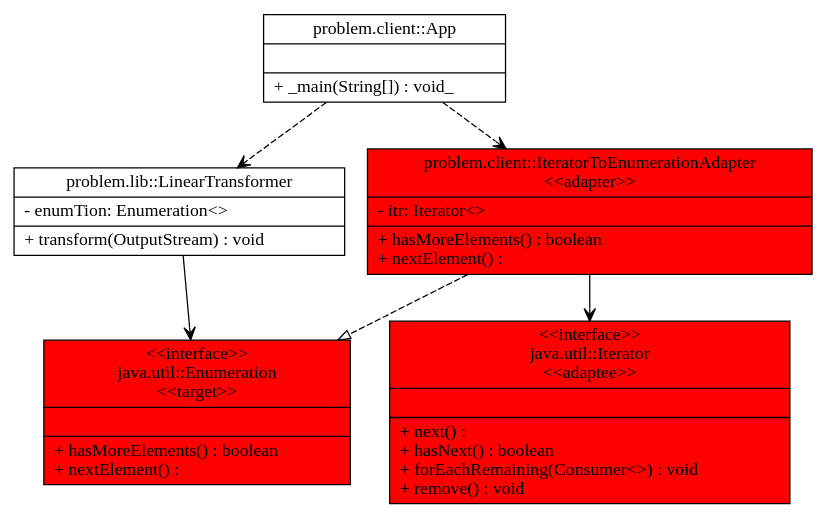
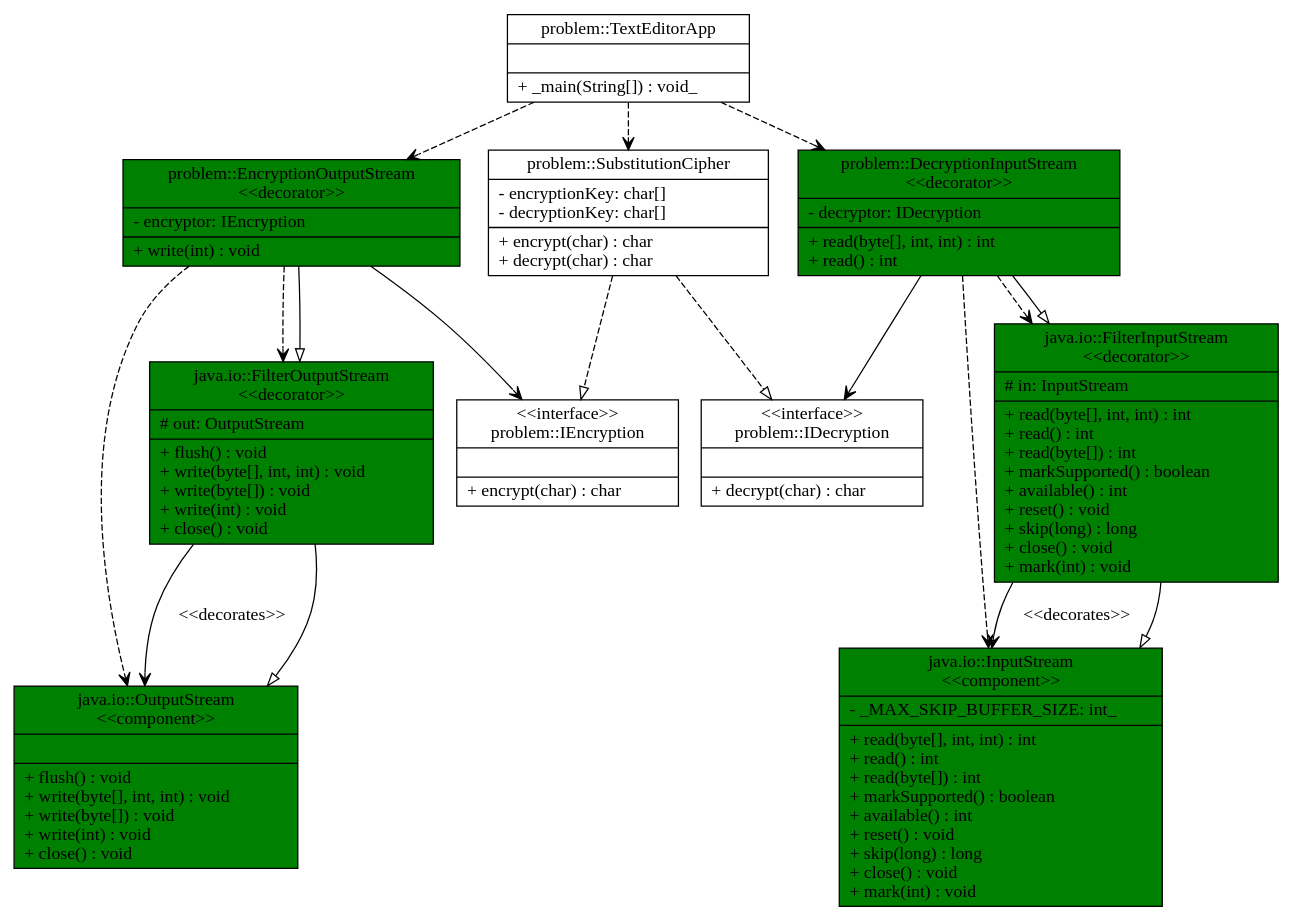
Before and after one commit to pastorsj/LegendaryPatterns: the diagram in input_output/text.dot, drawn with Graphviz. The commit also changed 7 other files, not shown here.

```diff
--- a/input_output/text.dot
+++ b/input_output/text.dot
@@ -1,50 +1,136 @@
 digraph G{
 	node [shape = "record"]
-problemclientApp [
-	label = "{problem.client::App|
+javaioOutputStream [
+	label = "{java.io::OutputStream\n\<\<component\>\>|
+	|
+	+ flush() : void\l
+	+ write(byte[], int, int) : void\l
+	+ write(byte[]) : void\l
+	+ write(int) : void\l
+	+ close() : void\l
+	}"
+	style = "filled"
+fillcolor = "green"]
+problemIDecryption [
+	label = "{\<\<interface\>\>\nproblem::IDecryption|
+	|
+	+ decrypt(char) : char\l
+	}"
+	]
+problemIEncryption [
+	label = "{\<\<interface\>\>\nproblem::IEncryption|
+	|
+	+ encrypt(char) : char\l
+	}"
+	]
+javaioInputStream [
+	label = "{java.io::InputStream\n\<\<component\>\>|
+	- _MAX_SKIP_BUFFER_SIZE: int_\l
+	|
+	+ read(byte[], int, int) : int\l
+	+ read() : int\l
+	+ read(byte[]) : int\l
+	+ markSupported() : boolean\l
+	+ available() : int\l
+	+ reset() : void\l
+	+ skip(long) : long\l
+	+ close() : void\l
+	+ mark(int) : void\l
+	}"
+	style = "filled"
+fillcolor = "green"]
+problemDecryptionInputStream [
+	label = "{problem::DecryptionInputStream\n\<\<decorator\>\>|
+	- decryptor: IDecryption\l
+	|
+	+ read(byte[], int, int) : int\l
+	+ read() : int\l
+	}"
+	style = "filled"
+fillcolor = "green"]
+problemSubstitutionCipher [
+	label = "{problem::SubstitutionCipher|
+	- encryptionKey: char[]\l
+	- decryptionKey: char[]\l
+	|
+	+ encrypt(char) : char\l
+	+ decrypt(char) : char\l
+	}"
+	]
+problemTextEditorApp [
+	label = "{problem::TextEditorApp|
 	|
 	+ _main(String[]) : void_\l
 	}"
 	]
-problemclientIteratorToEnumerationAdapter [
-	label = "{problem.client::IteratorToEnumerationAdapter\n\<\<adapter\>\>|
-	- itr: Iterator\<\>\l
+problemEncryptionOutputStream [
+	label = "{problem::EncryptionOutputStream\n\<\<decorator\>\>|
+	- encryptor: IEncryption\l
 	|
-	+ hasMoreElements() : boolean\l
-	+ nextElement() : \l
+	+ write(int) : void\l
 	}"
-	style = "filled" fillcolor = red]
-javautilEnumeration [
-	label = "{\<\<interface\>\>\njava.util::Enumeration\n\<\<target\>\>|
+	style = "filled"
+fillcolor = "green"]
+javaioFilterInputStream [
+	label = "{java.io::FilterInputStream\n\<\<decorator\>\>|
+	# in: InputStream\l
 	|
-	+ hasMoreElements() : boolean\l
-	+ nextElement() : \l
+	+ read(byte[], int, int) : int\l
+	+ read() : int\l
+	+ read(byte[]) : int\l
+	+ markSupported() : boolean\l
+	+ available() : int\l
+	+ reset() : void\l
+	+ skip(long) : long\l
+	+ close() : void\l
+	+ mark(int) : void\l
 	}"
-	style = "filled" fillcolor = red]
-javautilIterator [
-	label = "{\<\<interface\>\>\njava.util::Iterator\n\<\<adaptee\>\>|
+	style = "filled"
+fillcolor = "green"]
+javaioFilterOutputStream [
+	label = "{java.io::FilterOutputStream\n\<\<decorator\>\>|
+	# out: OutputStream\l
 	|
-	+ next() : \l
-	+ hasNext() : boolean\l
-	+ forEachRemaining(Consumer\<\>) : void\l
-	+ remove() : void\l
+	+ flush() : void\l
+	+ write(byte[], int, int) : void\l
+	+ write(byte[]) : void\l
+	+ write(int) : void\l
+	+ close() : void\l
 	}"
-	style = "filled" fillcolor = red]
-problemlibLinearTransformer [
-	label = "{problem.lib::LinearTransformer|
-	- enumTion: Enumeration\<\>\l
-	|
-	+ transform(OutputStream) : void\l
-	}"
-	]
+	style = "filled"
+fillcolor = "green"]
+	edge [style = "dashed"] [arrowhead = "open"]
+	[label = ""]problemDecryptionInputStream->javaioInputStream
+	edge [style = "dashed"] [arrowhead = "open"]
+	[label = ""]problemDecryptionInputStream->javaioFilterInputStream
 	edge [style = "solid"] [arrowhead = "open"]
-	problemclientIteratorToEnumerationAdapter->javautilIterator
+	[label = ""]problemDecryptionInputStream->problemIDecryption
+	edge [style = "solid"] [arrowhead = "empty"]
+	[label = ""]problemDecryptionInputStream->javaioFilterInputStream
 	edge [style = "dashed"] [arrowhead = "empty"]
-	problemclientIteratorToEnumerationAdapter->javautilEnumeration
+	[label = ""]problemSubstitutionCipher->problemIEncryption
+	edge [style = "dashed"] [arrowhead = "empty"]
+	[label = ""]problemSubstitutionCipher->problemIDecryption
 	edge [style = "dashed"] [arrowhead = "open"]
-	problemclientApp->problemclientIteratorToEnumerationAdapter
+	[label = ""]problemTextEditorApp->problemDecryptionInputStream
 	edge [style = "dashed"] [arrowhead = "open"]
-	problemclientApp->problemlibLinearTransformer
+	[label = ""]problemTextEditorApp->problemSubstitutionCipher
+	edge [style = "dashed"] [arrowhead = "open"]
+	[label = ""]problemTextEditorApp->problemEncryptionOutputStream
+	edge [style = "dashed"] [arrowhead = "open"]
+	[label = ""]problemEncryptionOutputStream->javaioOutputStream
+	edge [style = "dashed"] [arrowhead = "open"]
+	[label = ""]problemEncryptionOutputStream->javaioFilterOutputStream
 	edge [style = "solid"] [arrowhead = "open"]
-	problemlibLinearTransformer->javautilEnumeration
+	[label = ""]problemEncryptionOutputStream->problemIEncryption
+	edge [style = "solid"] [arrowhead = "empty"]
+	[label = ""]problemEncryptionOutputStream->javaioFilterOutputStream
+	edge [style = "solid"] [arrowhead = "open"]
+	[label = "\<\<decorates\>\>"]javaioFilterInputStream->javaioInputStream
+	edge [style = "solid"] [arrowhead = "empty"]
+	[label = ""]javaioFilterInputStream->javaioInputStream
+	edge [style = "solid"] [arrowhead = "open"]
+	[label = "\<\<decorates\>\>"]javaioFilterOutputStream->javaioOutputStream
+	edge [style = "solid"] [arrowhead = "empty"]
+	[label = ""]javaioFilterOutputStream->javaioOutputStream
 }
```
